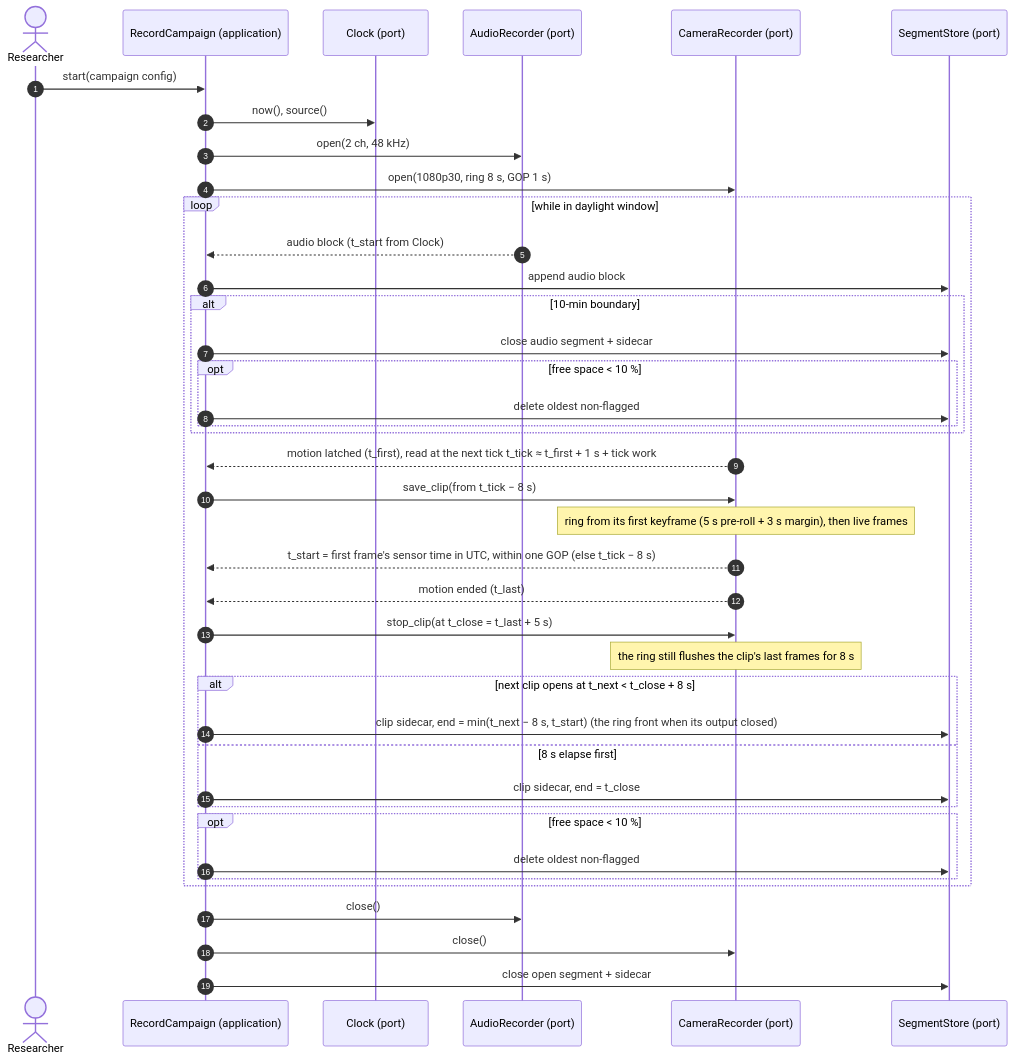
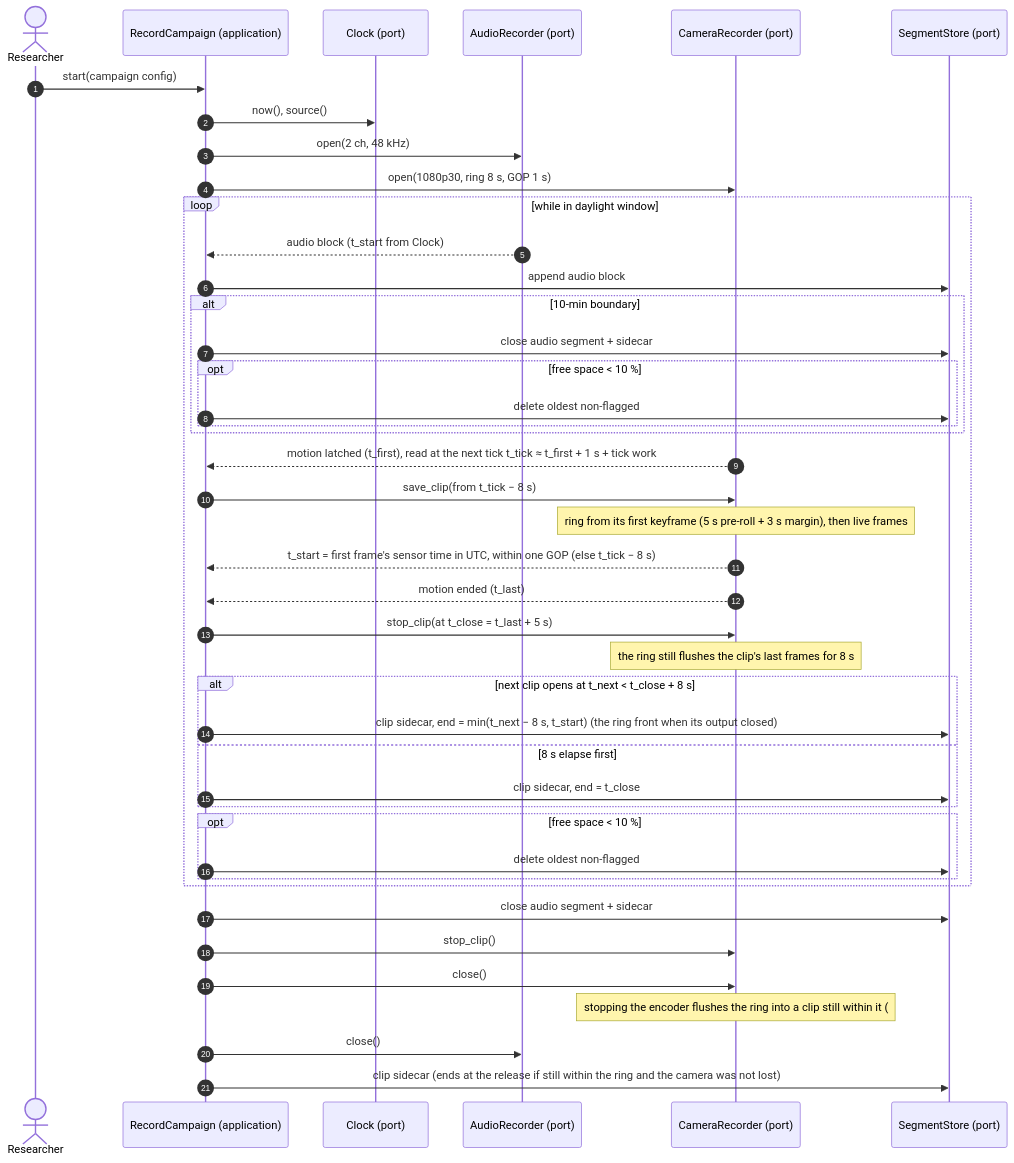
Before and after one commit to benoit-bremaud/aristech: the diagram in docs/architecture/diagrams/capture-rig/02-sequence-recording.md, drawn with Mermaid. The commit also changed other lines of this file and 7 other files, not shown here.

First line of the commit message:
fix(capture): flush the ring into the open clip on shutdown (#193)

````diff
--- a/docs/architecture/diagrams/capture-rig/02-sequence-recording.md
+++ b/docs/architecture/diagrams/capture-rig/02-sequence-recording.md
@@ -15,43 +15,46 @@
 ```mermaid
 sequenceDiagram
     autonumber
     actor R as Researcher
     participant UC as RecordCampaign (application)
     participant CK as Clock (port)
     participant AU as AudioRecorder (port)
     participant CA as CameraRecorder (port)
     participant ST as SegmentStore (port)
 
     R->>UC: start(campaign config)
     UC->>CK: now(), source()
     UC->>AU: open(2 ch, 48 kHz)
     UC->>CA: open(1080p30, ring 8 s, GOP 1 s)
     loop while in daylight window
         AU-->>UC: audio block (t_start from Clock)
         UC->>ST: append audio block
         alt 10-min boundary
             UC->>ST: close audio segment + sidecar
             opt free space < 10 %
                 UC->>ST: delete oldest non-flagged
             end
         end
         CA-->>UC: motion latched (t_first), read at the next tick t_tick ≈ t_first + 1 s + tick work
         UC->>CA: save_clip(from t_tick − 8 s)
         Note over CA: ring from its first keyframe (5 s pre-roll + 3 s margin), then live frames
         CA-->>UC: t_start = first frame's sensor time in UTC, within one GOP (else t_tick − 8 s)
         CA-->>UC: motion ended (t_last)
         UC->>CA: stop_clip(at t_close = t_last + 5 s)
         Note over CA: the ring still flushes the clip's last frames for 8 s
         alt next clip opens at t_next < t_close + 8 s
             UC->>ST: clip sidecar, end = min(t_next − 8 s, t_start) (the ring front when its output closed)
         else 8 s elapse first
             UC->>ST: clip sidecar, end = t_close
         end
         opt free space < 10 %
             UC->>ST: delete oldest non-flagged
         end
     end
+    UC->>ST: close audio segment + sidecar
+    UC->>CA: stop_clip()
+    UC->>CA: close()
+    Note over CA: stopping the encoder flushes the ring into a clip still within it (#180)
     UC->>AU: close()
-    UC->>CA: close()
-    UC->>ST: close open segment + sidecar
+    UC->>ST: clip sidecar (ends at the release if still within the ring and the camera was not lost)
 ```
````
